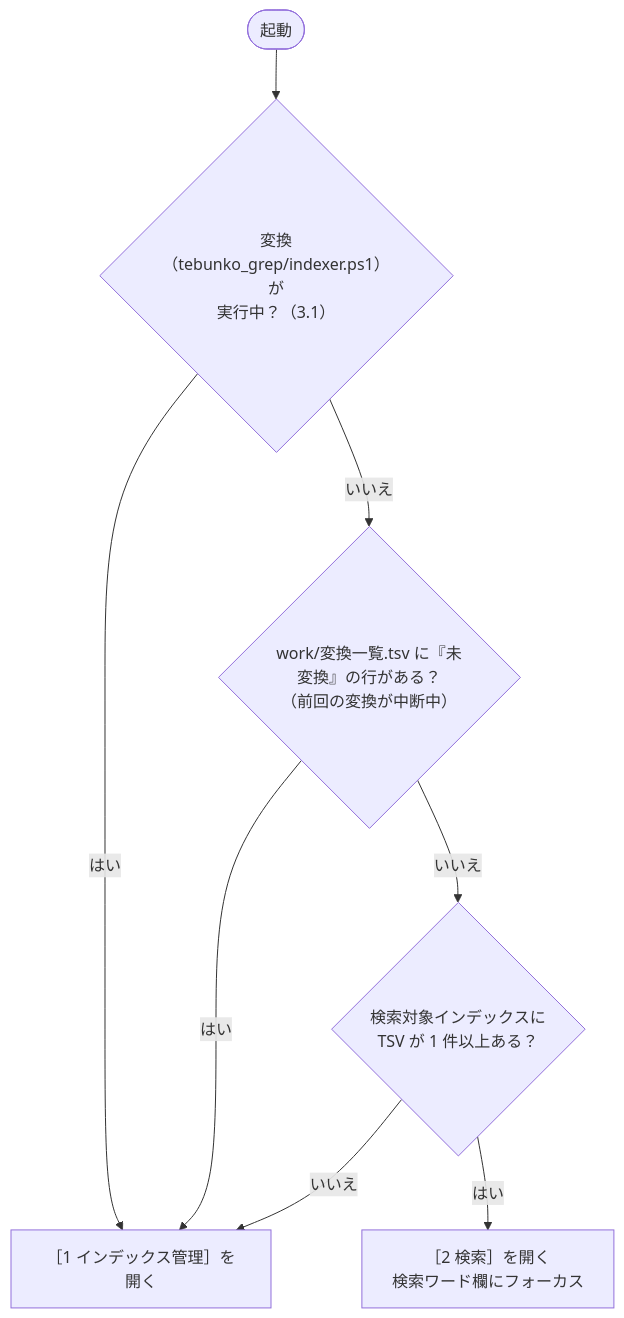
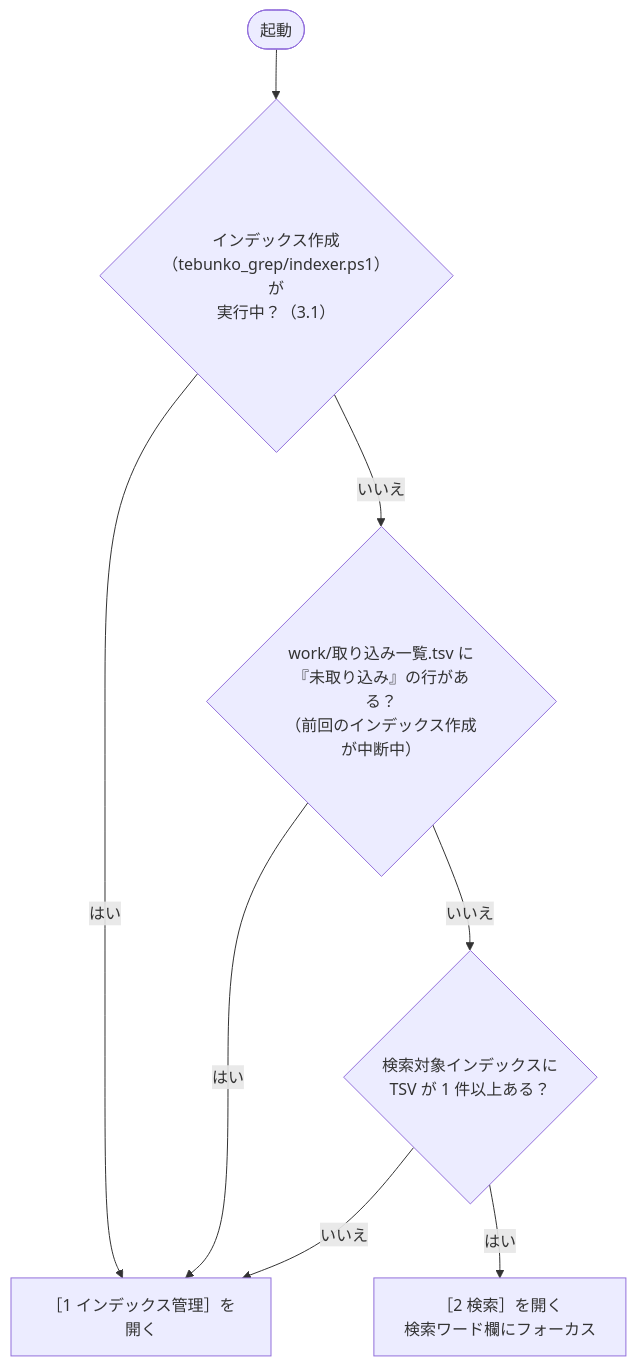
The diagram in docs/03_画面.md (hsgwa/tebunko), drawn with Mermaid before and after one commit. The commit also changed other lines of this file and 34 other files, not shown here.

````diff
--- a/docs/03_画面.md
+++ b/docs/03_画面.md
@@ -97,10 +97,10 @@
 ```mermaid
 flowchart TD
-    S(["起動"]) --> R{"変換（tebunko_grep/indexer.ps1）が<br>実行中？（3.1）"}
+    S(["起動"]) --> R{"インデックス作成（tebunko_grep/indexer.ps1）が<br>実行中？（3.1）"}
     R -- はい --> T1
-    R -- いいえ --> A{"work/変換一覧.tsv に『未変換』の行がある？<br>（前回の変換が中断中）"}
+    R -- いいえ --> A{"work/取り込み一覧.tsv に『未取り込み』の行がある？<br>（前回のインデックス作成が中断中）"}
     A -- はい --> T1["［1 インデックス管理］を開く"]
     A -- いいえ --> B{"検索対象インデックスに<br>TSV が 1 件以上ある？"}
     B -- いいえ --> T1
     B -- はい --> T2["［2 検索］を開く<br>検索ワード欄にフォーカス"]
 ```
````
